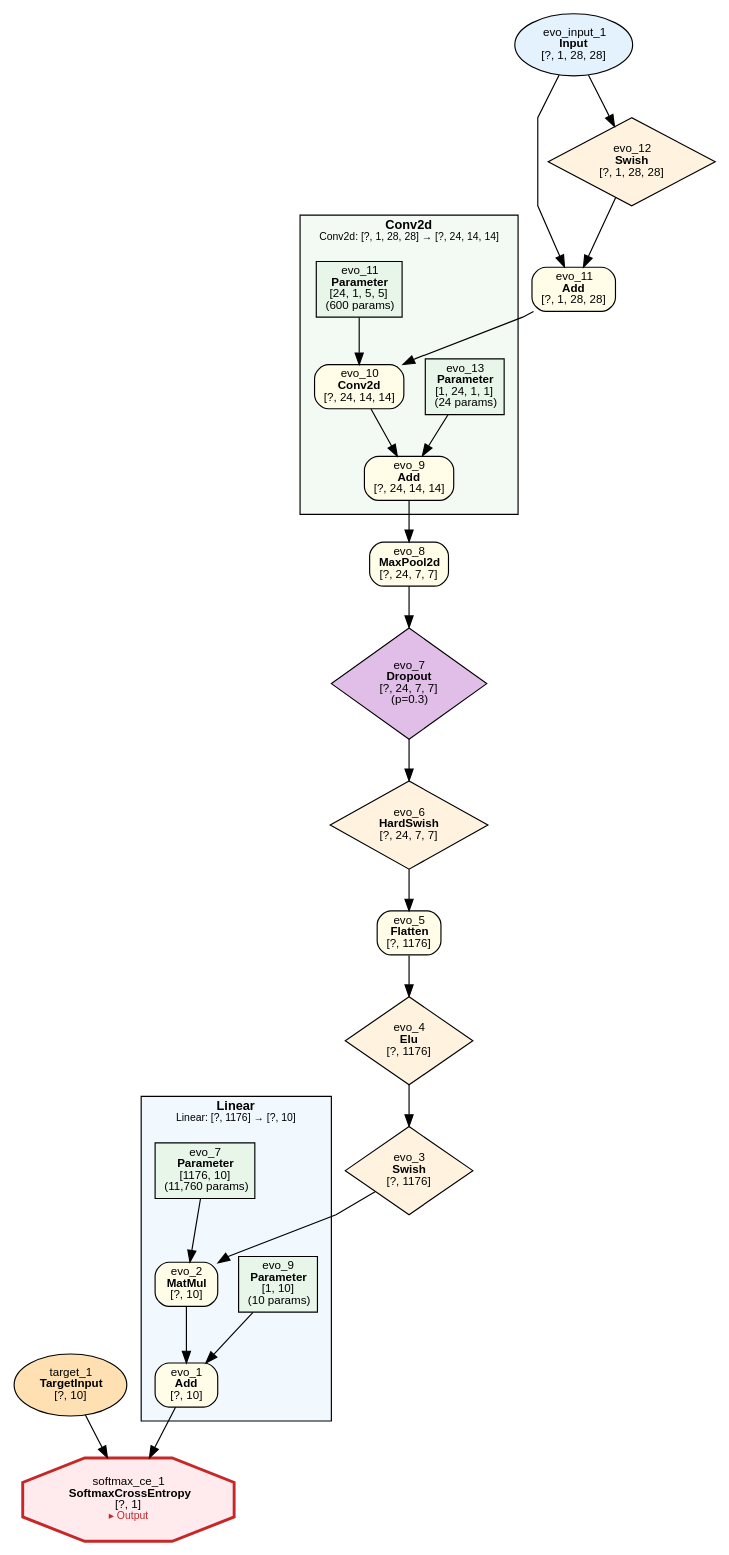
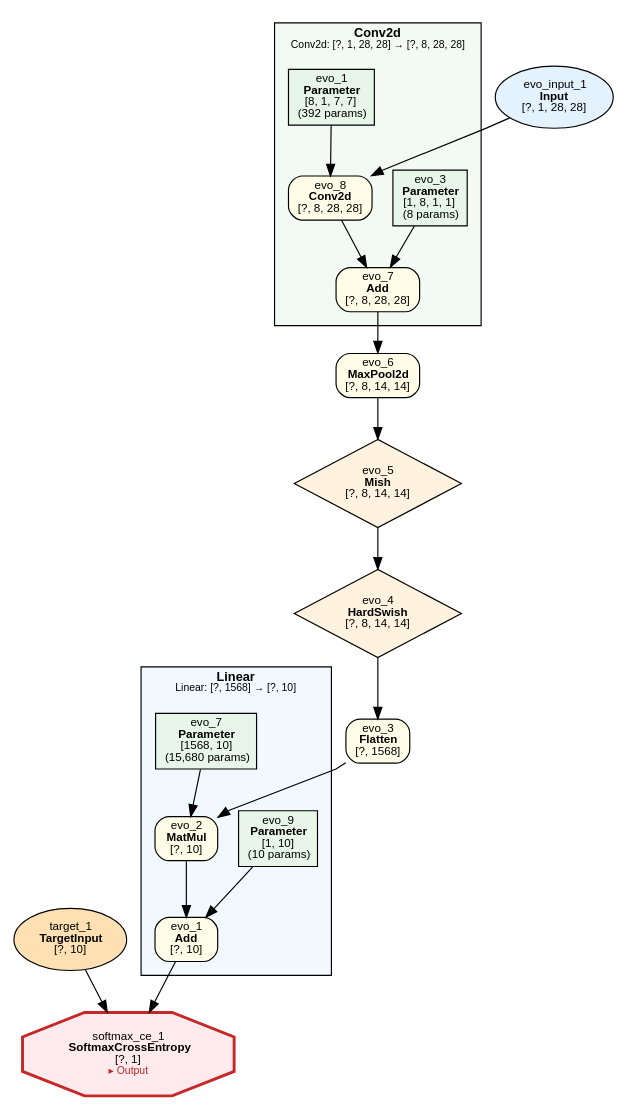
Before and after one commit to dbsxdbsx/only_torch: the diagram in examples/evolution/mnist/evolution_mnist.dot, drawn with Graphviz. The commit also changed 25 other files, not shown here.

```diff
--- a/examples/evolution/mnist/evolution_mnist.dot
+++ b/examples/evolution/mnist/evolution_mnist.dot
@@ -1,65 +1,56 @@
 digraph ComputeGraph {
     rankdir=TB;
     newrank=true;
     splines=polyline;
     node [fontname="Microsoft YaHei,SimHei,Arial"];
     edge [fontname="Microsoft YaHei,SimHei,Arial"];
 
     subgraph cluster_group_linear_3 {
-        label=<<B>Linear</B><BR/><FONT POINT-SIZE="9">Linear: [?, 1176] → [?, 10]</FONT>>;
+        label=<<B>Linear</B><BR/><FONT POINT-SIZE="9">Linear: [?, 1568] → [?, 10]</FONT>>;
         style=filled;
         fillcolor="#E3F2FD80";
         fontname="Microsoft YaHei,SimHei,Arial";
         fontsize=11;
         margin=12;
             "2" [label=<evo_1<BR/><B>Add</B><BR/>[?, 10]> shape=box style="filled,rounded" fillcolor="#FFFDE7" fontsize=10];
             "4" [label=<evo_2<BR/><B>MatMul</B><BR/>[?, 10]> shape=box style="filled,rounded" fillcolor="#FFFDE7" fontsize=10];
             "5" [label=<evo_9<BR/><B>Parameter</B><BR/>[1, 10]<BR/>(10 params)> shape=box style=filled fillcolor="#E8F5E9" fontsize=10];
-            "7" [label=<evo_7<BR/><B>Parameter</B><BR/>[1176, 10]<BR/>(11,760 params)> shape=box style=filled fillcolor="#E8F5E9" fontsize=10];
+            "7" [label=<evo_7<BR/><B>Parameter</B><BR/>[1568, 10]<BR/>(15,680 params)> shape=box style=filled fillcolor="#E8F5E9" fontsize=10];
     }
 
-    subgraph cluster_group_conv2d_4 {
-        label=<<B>Conv2d</B><BR/><FONT POINT-SIZE="9">Conv2d: [?, 1, 28, 28] → [?, 24, 14, 14]</FONT>>;
+    subgraph cluster_group_conv2d_0 {
+        label=<<B>Conv2d</B><BR/><FONT POINT-SIZE="9">Conv2d: [?, 1, 28, 28] → [?, 8, 28, 28]</FONT>>;
         style=filled;
         fillcolor="#E8F5E980";
         fontname="Microsoft YaHei,SimHei,Arial";
         fontsize=11;
         margin=12;
-            "13" [label=<evo_9<BR/><B>Add</B><BR/>[?, 24, 14, 14]> shape=box style="filled,rounded" fillcolor="#FFFDE7" fontsize=10];
-            "14" [label=<evo_10<BR/><B>Conv2d</B><BR/>[?, 24, 14, 14]> shape=box style="filled,rounded" fillcolor="#FFFDE7" fontsize=10];
-            "15" [label=<evo_13<BR/><B>Parameter</B><BR/>[1, 24, 1, 1]<BR/>(24 params)> shape=box style=filled fillcolor="#E8F5E9" fontsize=10];
-            "17" [label=<evo_11<BR/><B>Parameter</B><BR/>[24, 1, 5, 5]<BR/>(600 params)> shape=box style=filled fillcolor="#E8F5E9" fontsize=10];
+            "11" [label=<evo_7<BR/><B>Add</B><BR/>[?, 8, 28, 28]> shape=box style="filled,rounded" fillcolor="#FFFDE7" fontsize=10];
+            "12" [label=<evo_8<BR/><B>Conv2d</B><BR/>[?, 8, 28, 28]> shape=box style="filled,rounded" fillcolor="#FFFDE7" fontsize=10];
+            "13" [label=<evo_3<BR/><B>Parameter</B><BR/>[1, 8, 1, 1]<BR/>(8 params)> shape=box style=filled fillcolor="#E8F5E9" fontsize=10];
+            "15" [label=<evo_1<BR/><B>Parameter</B><BR/>[8, 1, 7, 7]<BR/>(392 params)> shape=box style=filled fillcolor="#E8F5E9" fontsize=10];
     }
 
     "1" [label=<softmax_ce_1<BR/><B>SoftmaxCrossEntropy</B><BR/>[?, 1]<BR/><FONT COLOR="#C62828" POINT-SIZE="9">▸ Output</FONT>> shape=octagon style=filled fillcolor="#FFEBEE" fontsize=10 penwidth=2.5 color="#C62828"];
     "3" [label=<target_1<BR/><B>TargetInput</B><BR/>[?, 10]> shape=ellipse style=filled fillcolor="#FFE0B2" fontsize=10];
-    "6" [label=<evo_3<BR/><B>Swish</B><BR/>[?, 1176]> shape=diamond style=filled fillcolor="#FFF3E0" fontsize=10];
-    "8" [label=<evo_4<BR/><B>Elu</B><BR/>[?, 1176]> shape=diamond style=filled fillcolor="#FFF3E0" fontsize=10];
-    "9" [label=<evo_5<BR/><B>Flatten</B><BR/>[?, 1176]> shape=box style="filled,rounded" fillcolor="#FFFDE7" fontsize=10];
-    "10" [label=<evo_6<BR/><B>HardSwish</B><BR/>[?, 24, 7, 7]> shape=diamond style=filled fillcolor="#FFF3E0" fontsize=10];
-    "11" [label=<evo_7<BR/><B>Dropout</B><BR/>[?, 24, 7, 7]<BR/>(p=0.3)> shape=diamond style=filled fillcolor="#E1BEE7" fontsize=10];
-    "12" [label=<evo_8<BR/><B>MaxPool2d</B><BR/>[?, 24, 7, 7]> shape=box style="filled,rounded" fillcolor="#FFFDE7" fontsize=10];
-    "16" [label=<evo_11<BR/><B>Add</B><BR/>[?, 1, 28, 28]> shape=box style="filled,rounded" fillcolor="#FFFDE7" fontsize=10];
-    "18" [label=<evo_12<BR/><B>Swish</B><BR/>[?, 1, 28, 28]> shape=diamond style=filled fillcolor="#FFF3E0" fontsize=10];
-    "19" [label=<evo_input_1<BR/><B>Input</B><BR/>[?, 1, 28, 28]> shape=ellipse style=filled fillcolor="#E3F2FD" fontsize=10];
+    "6" [label=<evo_3<BR/><B>Flatten</B><BR/>[?, 1568]> shape=box style="filled,rounded" fillcolor="#FFFDE7" fontsize=10];
+    "8" [label=<evo_4<BR/><B>HardSwish</B><BR/>[?, 8, 14, 14]> shape=diamond style=filled fillcolor="#FFF3E0" fontsize=10];
+    "9" [label=<evo_5<BR/><B>Mish</B><BR/>[?, 8, 14, 14]> shape=diamond style=filled fillcolor="#FFF3E0" fontsize=10];
+    "10" [label=<evo_6<BR/><B>MaxPool2d</B><BR/>[?, 8, 14, 14]> shape=box style="filled,rounded" fillcolor="#FFFDE7" fontsize=10];
+    "14" [label=<evo_input_1<BR/><B>Input</B><BR/>[?, 1, 28, 28]> shape=ellipse style=filled fillcolor="#E3F2FD" fontsize=10];
 
     "2" -> "1";
     "3" -> "1";
     "4" -> "2";
     "5" -> "2";
     "6" -> "4";
     "7" -> "4";
     "8" -> "6";
     "9" -> "8";
     "10" -> "9";
     "11" -> "10";
     "12" -> "11";
-    "13" -> "12";
-    "14" -> "13";
-    "15" -> "13";
-    "16" -> "14";
-    "17" -> "14";
-    "18" -> "16";
-    "19" -> "16";
-    "19" -> "18";
+    "13" -> "11";
+    "14" -> "12";
+    "15" -> "12";
 }
```
